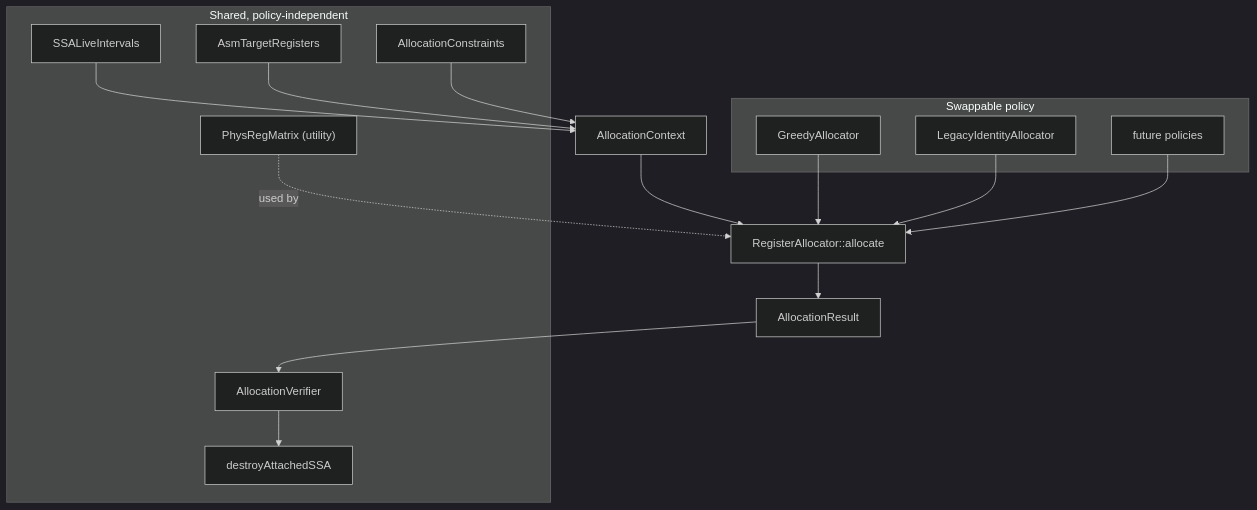
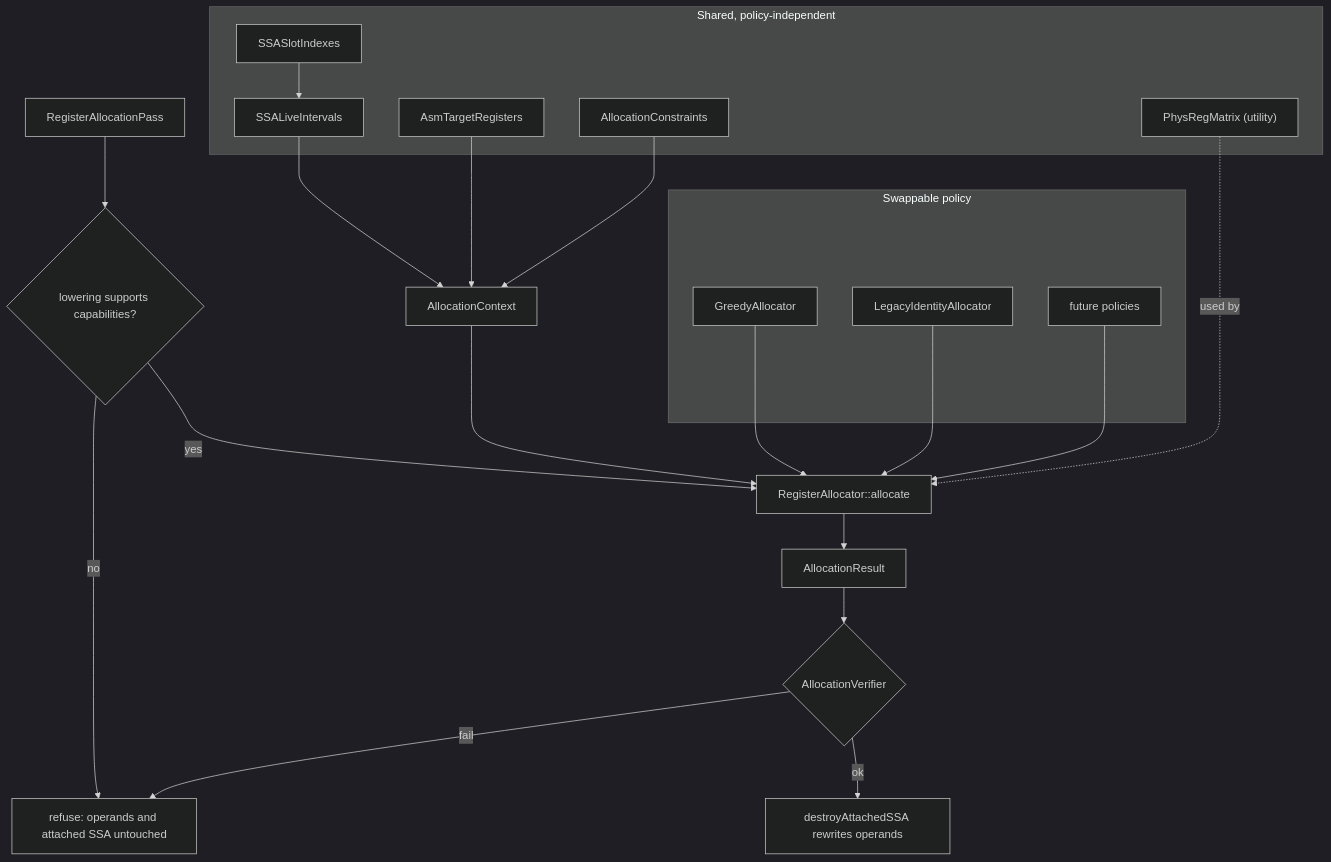
Before and after one commit to somayeh-rahimipour/rocm-libraries-fork: the first of 2 diagrams in shared/stinkytofu/docs/developer/register-allocation.md, drawn with Mermaid (dark theme). The commit also changed other lines of this file and 10 other files, not shown here.

Commit message:
[stinkytofu] Register allocation 2/n

````diff
--- a/shared/stinkytofu/docs/developer/register-allocation.md
+++ b/shared/stinkytofu/docs/developer/register-allocation.md
@@ -52,29 +54,34 @@
 ```mermaid
 flowchart TD
     subgraph shared [Shared, policy-independent]
+        Slots["SSASlotIndexes"]
         Intervals["SSALiveIntervals"]
         Target["AsmTargetRegisters"]
         Constraints["AllocationConstraints"]
         Matrix["PhysRegMatrix (utility)"]
-        Verifier["AllocationVerifier"]
-        Destroy["destroyAttachedSSA"]
     end
 
     subgraph policy [Swappable policy]
         Greedy["GreedyAllocator"]
         Legacy["LegacyIdentityAllocator"]
         Future["future policies"]
     end
 
+    Slots --> Intervals
     Intervals --> Ctx["AllocationContext"]
     Target --> Ctx
     Constraints --> Ctx
-    Ctx --> Iface["RegisterAllocator::allocate"]
+
+    Pass["RegisterAllocationPass"] --> Gate{"lowering supports capabilities?"}
+    Gate -->|no| Refuse["refuse: operands and attached SSA untouched"]
+    Gate -->|yes| Iface["RegisterAllocator::allocate"]
+    Ctx --> Iface
     Greedy --> Iface
     Legacy --> Iface
     Future --> Iface
     Matrix -.->|"used by"| Iface
     Iface --> Result["AllocationResult"]
-    Result --> Verifier
-    Verifier --> Destroy
+    Result --> Verify{"AllocationVerifier"}
+    Verify -->|fail| Refuse
+    Verify -->|ok| Destroy["destroyAttachedSSA rewrites operands"]
 ```
````
